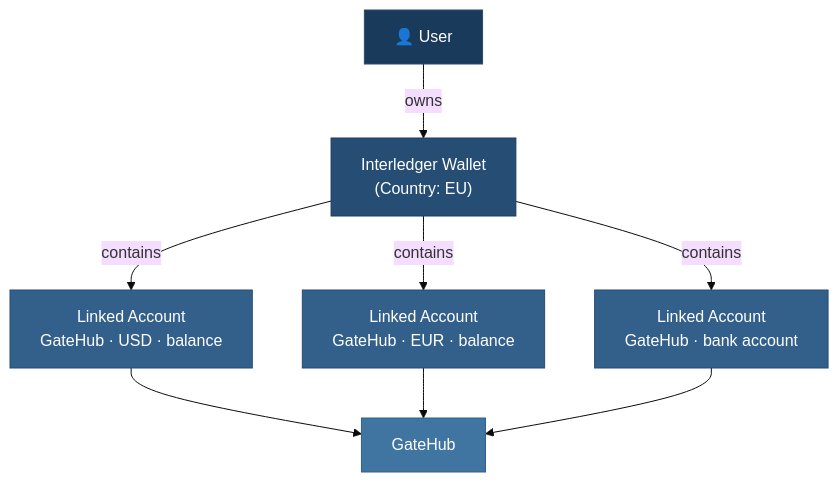
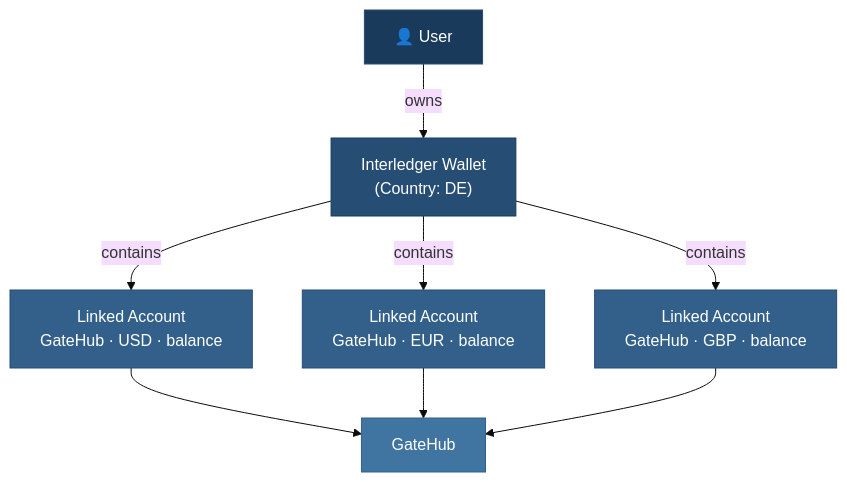
Before and after one commit to interledger/interledger-app: the diagram in documentation/docs/terminology.md, drawn with Mermaid (base theme). The commit also changed 4 other files, not shown here.

````diff
--- a/documentation/docs/terminology.md
+++ b/documentation/docs/terminology.md
@@ -33,25 +33,25 @@
 ```mermaid
 graph TD
     User["👤 User"]
-    Wallet["Interledger Wallet<br/>(Country: EU)"]
+    Wallet["Interledger Wallet<br/>(Country: DE)"]
 
     User -->|owns| Wallet
 
     Wallet -->|contains| LA1["Linked Account<br/>GateHub · USD · balance"]
     Wallet -->|contains| LA2["Linked Account<br/>GateHub · EUR · balance"]
-    Wallet -->|contains| LA3["Linked Account<br/>GateHub · bank account"]
+    Wallet -->|contains| LA3["Linked Account<br/>GateHub · GBP · balance"]
 
     LA1 --> Provider1["GateHub"]
     LA2 --> Provider1
     LA3 --> Provider1
 
     classDef user fill:#1a3a5c,stroke:#264d73,color:#ffffff
     classDef wallet fill:#264d73,stroke:#1a3a5c,color:#ffffff
     classDef la fill:#33608a,stroke:#264d73,color:#ffffff
     classDef provider fill:#4074a1,stroke:#33608a,color:#ffffff
 
     class User user
     class Wallet wallet
     class LA1,LA2,LA3 la
     class Provider1 provider
 ```
````
